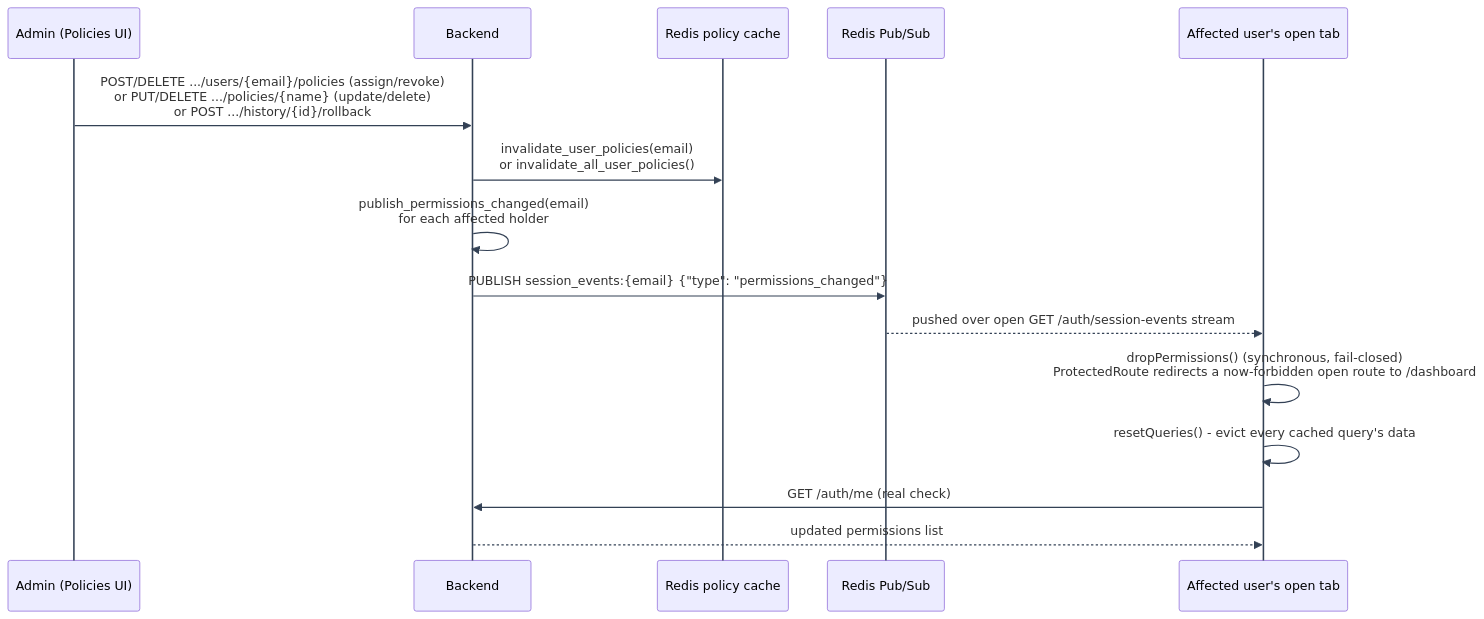
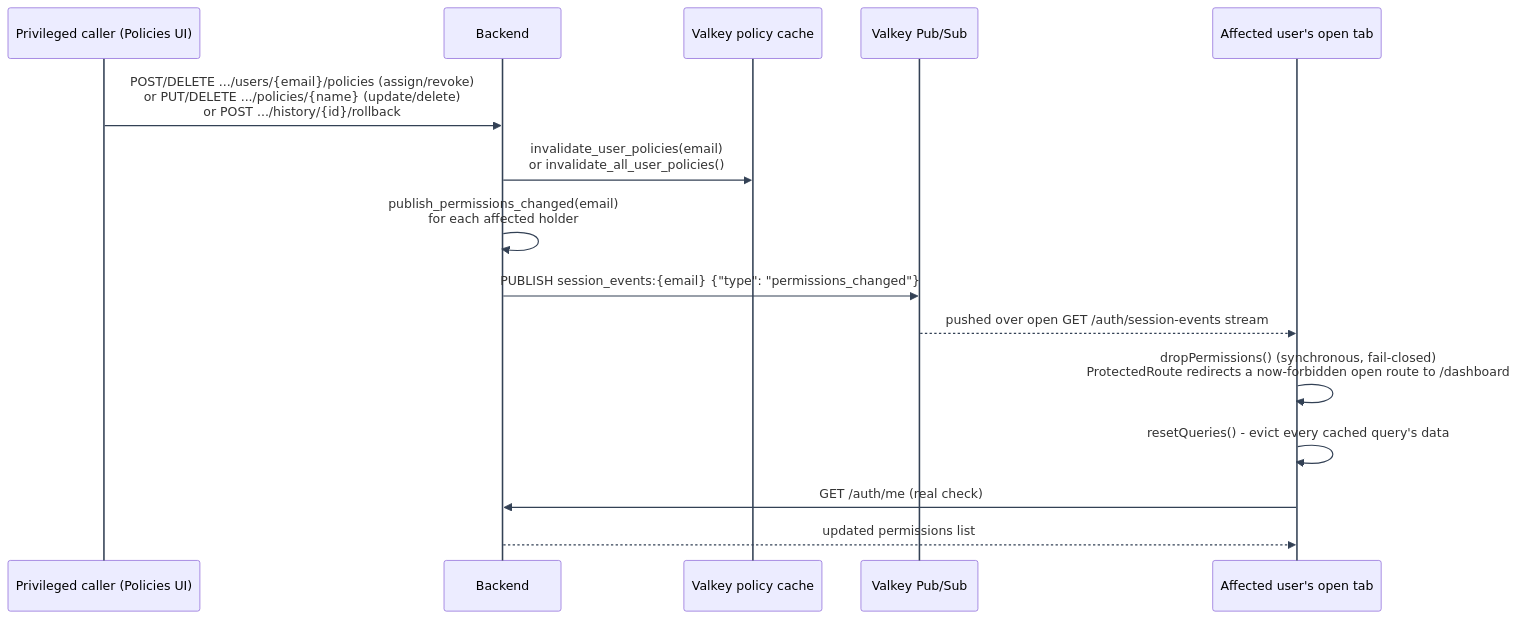
The diagram in docs/mystic_auth/authorization/architecture/real-time-push.md (Nachiket-2024/mystic-auth), drawn with Mermaid before and after one commit. The commit also changed other lines of this file and 905 other files, not shown here.

First line of the commit message:
Replaced Chakra UI with shadcn/Radix, migrated Redis to Valkey, revamped UI/UX

````diff
--- a/docs/mystic_auth/authorization/architecture/real-time-push.md
+++ b/docs/mystic_auth/authorization/architecture/real-time-push.md
@@ -30,18 +30,18 @@
 ```mermaid
 %%{init: {"themeVariables": {"lineColor": "#334155", "signalColor": "#334155", "actorLineColor": "#334155", "activationBorderColor": "#334155", "labelBoxBorderColor": "#334155", "labelBoxBkgColor": "#e2e8f0", "noteBorderColor": "#334155"}, "themeCSS": ".messageLine0, .messageLine1 { stroke-width: 2px !important; }"} }%%
 sequenceDiagram
-    participant Admin as Admin (Policies UI)
+    participant Privileged as Privileged caller (Policies UI)
     participant API as Backend
-    participant Cache as Redis policy cache
-    participant PubSub as Redis Pub/Sub
+    participant Cache as Valkey policy cache
+    participant PubSub as Valkey Pub/Sub
     participant Tab as Affected user's open tab
-    Admin->>API: POST/DELETE .../users/{email}/policies (assign/revoke)<br/>or PUT/DELETE .../policies/{name} (update/delete)<br/>or POST .../history/{id}/rollback
+    Privileged->>API: POST/DELETE .../users/{email}/policies (assign/revoke)<br/>or PUT/DELETE .../policies/{name} (update/delete)<br/>or POST .../history/{id}/rollback
     API->>Cache: invalidate_user_policies(email)<br/>or invalidate_all_user_policies()
     API->>API: publish_permissions_changed(email)<br/>for each affected holder
     API->>PubSub: PUBLISH session_events:{email} {"type": "permissions_changed"}
     PubSub-->>Tab: pushed over open GET /auth/session-events stream
     Tab->>Tab: dropPermissions() (synchronous, fail-closed)<br/>ProtectedRoute redirects a now-forbidden open route to /dashboard
     Tab->>Tab: resetQueries() - evict every cached query's data
     Tab->>API: GET /auth/me (real check)
     API-->>Tab: updated permissions list
 ```
````
